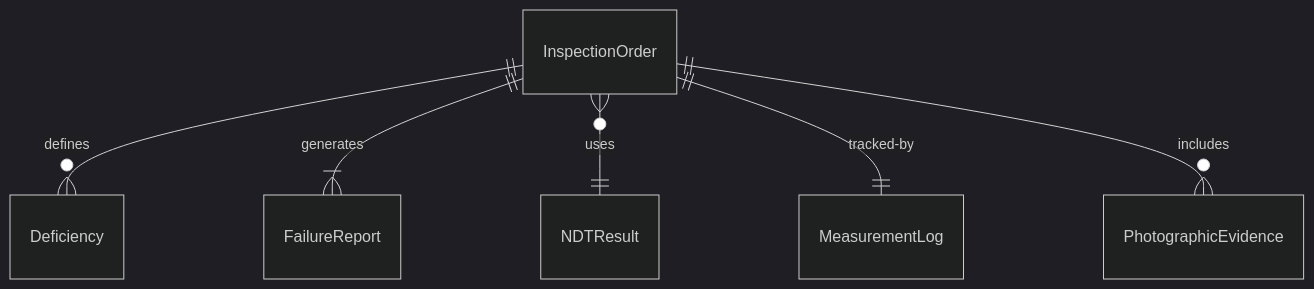
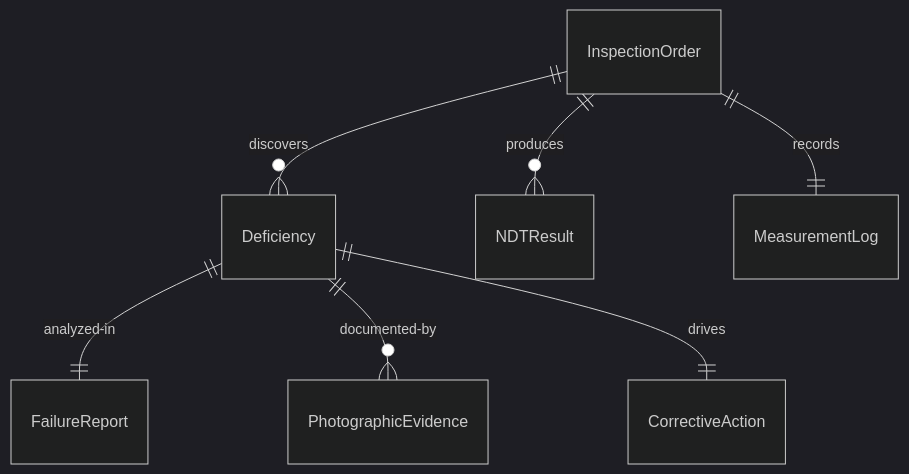
The first of 4 diagrams in HandlingAndMovingObjects/DisassembleEquipment/DisassembleEquipmentInspectDeficiencies.mdx (dot-org-ai/tasks.org.ai), drawn with Mermaid (dark theme) before and after one commit. The commit also changed other lines of this file and 515 other files, not shown here.

````diff
--- a/HandlingAndMovingObjects/DisassembleEquipment/DisassembleEquipmentInspectDeficiencies.mdx
+++ b/HandlingAndMovingObjects/DisassembleEquipment/DisassembleEquipmentInspectDeficiencies.mdx
@@ -89,8 +89,9 @@
 ```mermaid
 erDiagram
-    InspectionOrder ||--o{ Deficiency : "defines"
-    InspectionOrder ||--|{ FailureReport : "generates"
-    InspectionOrder }o--|| NDTResult : "uses"
-    InspectionOrder ||--|| MeasurementLog : "tracked-by"
-    InspectionOrder ||--o{ PhotographicEvidence : "includes"
+    InspectionOrder ||--o{ Deficiency : "discovers"
+    Deficiency ||--|| FailureReport : "analyzed-in"
+    InspectionOrder ||--o{ NDTResult : "produces"
+    InspectionOrder ||--|| MeasurementLog : "records"
+    Deficiency ||--o{ PhotographicEvidence : "documented-by"
+    Deficiency ||--|| CorrectiveAction : "drives"
 ```
````
